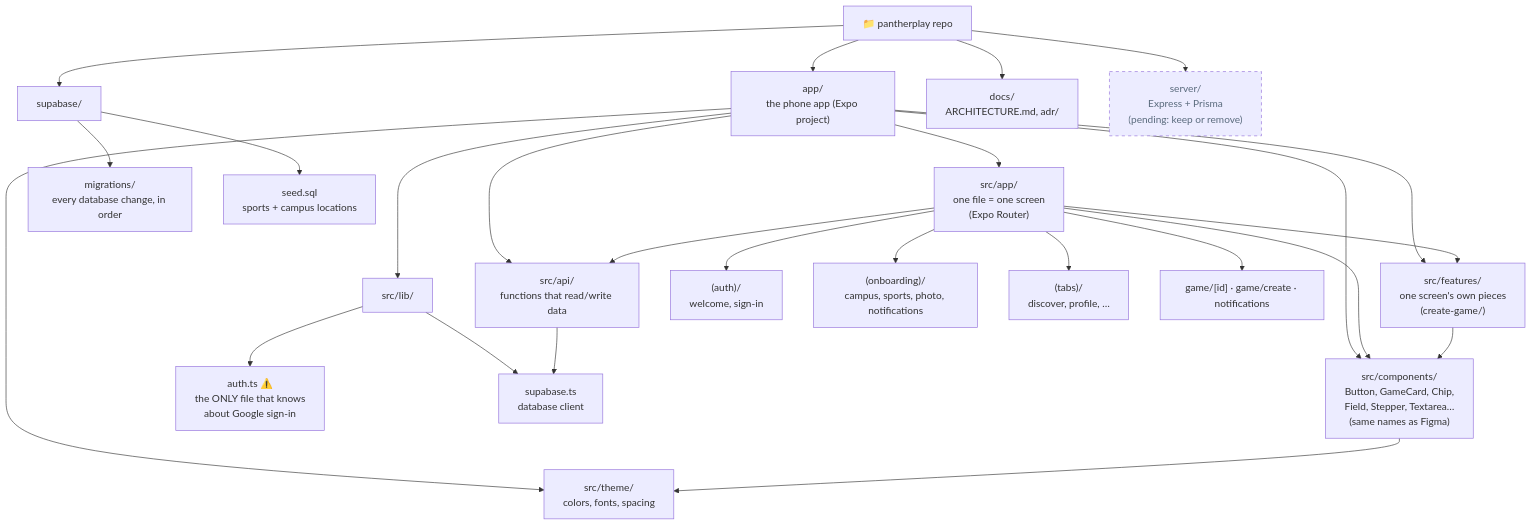
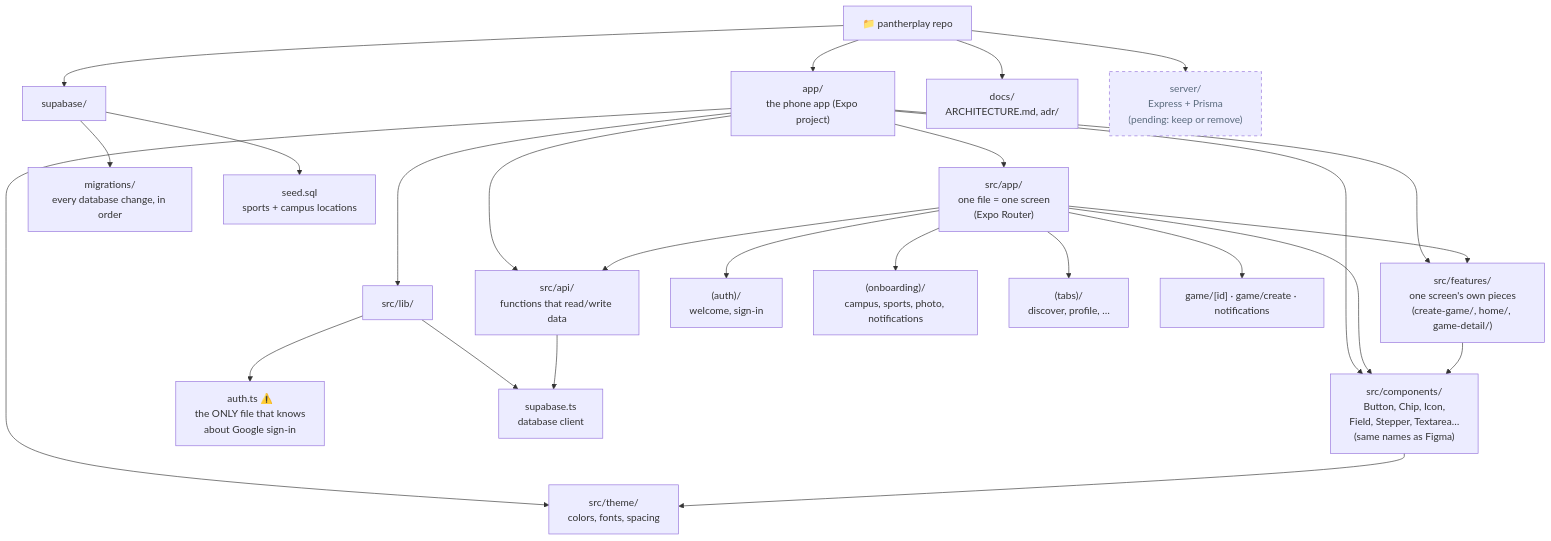
One commit to aymanlaassel/pantherplay changed the second of 9 diagrams in docs/ARCHITECTURE.md. Above: the diagram before and after it, drawn with Mermaid. The commit also changed other lines of this file, not shown here.

Commit message:
Update architecture doc for Home and Game detail

````diff
--- a/docs/ARCHITECTURE.md
+++ b/docs/ARCHITECTURE.md
@@ -84,37 +84,37 @@
 ```mermaid
 flowchart TB
   Repo["📁 pantherplay repo"]
 
   Repo --> AppProj["app/<br/>the phone app (Expo project)"]
   Repo --> Supa["supabase/"]
   Repo --> Docs["docs/<br/>ARCHITECTURE.md, adr/"]
   Repo --> Server["server/<br/>Express + Prisma<br/>(pending: keep or remove)"]
 
   AppProj --> Screens["src/app/<br/>one file = one screen<br/>(Expo Router)"]
-  AppProj --> Comp["src/components/<br/>Button, GameCard, Chip,<br/>Field, Stepper, Textarea…<br/>(same names as Figma)"]
-  AppProj --> Feat["src/features/<br/>one screen's own pieces<br/>(create-game/)"]
+  AppProj --> Comp["src/components/<br/>Button, Chip, Icon,<br/>Field, Stepper, Textarea…<br/>(same names as Figma)"]
+  AppProj --> Feat["src/features/<br/>one screen's own pieces<br/>(create-game/, home/, game-detail/)"]
   AppProj --> Theme["src/theme/<br/>colors, fonts, spacing"]
   AppProj --> Api["src/api/<br/>functions that read/write data"]
   AppProj --> Lib["src/lib/"]
 
   Screens --> AuthScreens["(auth)/<br/>welcome, sign-in"]
   Screens --> Onb["(onboarding)/<br/>campus, sports, photo, notifications"]
   Screens --> Tabs["(tabs)/<br/>discover, profile, …"]
   Screens --> Pushed["game/[id] · game/create · notifications"]
 
   Lib --> AuthTs["auth.ts ⚠️<br/>the ONLY file that knows<br/>about Google sign-in"]
   Lib --> Client["supabase.ts<br/>database client"]
 
   Supa --> Mig["migrations/<br/>every database change, in order"]
   Supa --> Seed["seed.sql<br/>sports + campus locations"]
 
   Comp --> Theme
   Screens --> Comp
   Screens --> Feat
   Feat --> Comp
   Screens --> Api
   Api --> Client
 
   classDef pending stroke-dasharray: 5 5,color:#5A6B7D
   class Server pending
 ```
````
